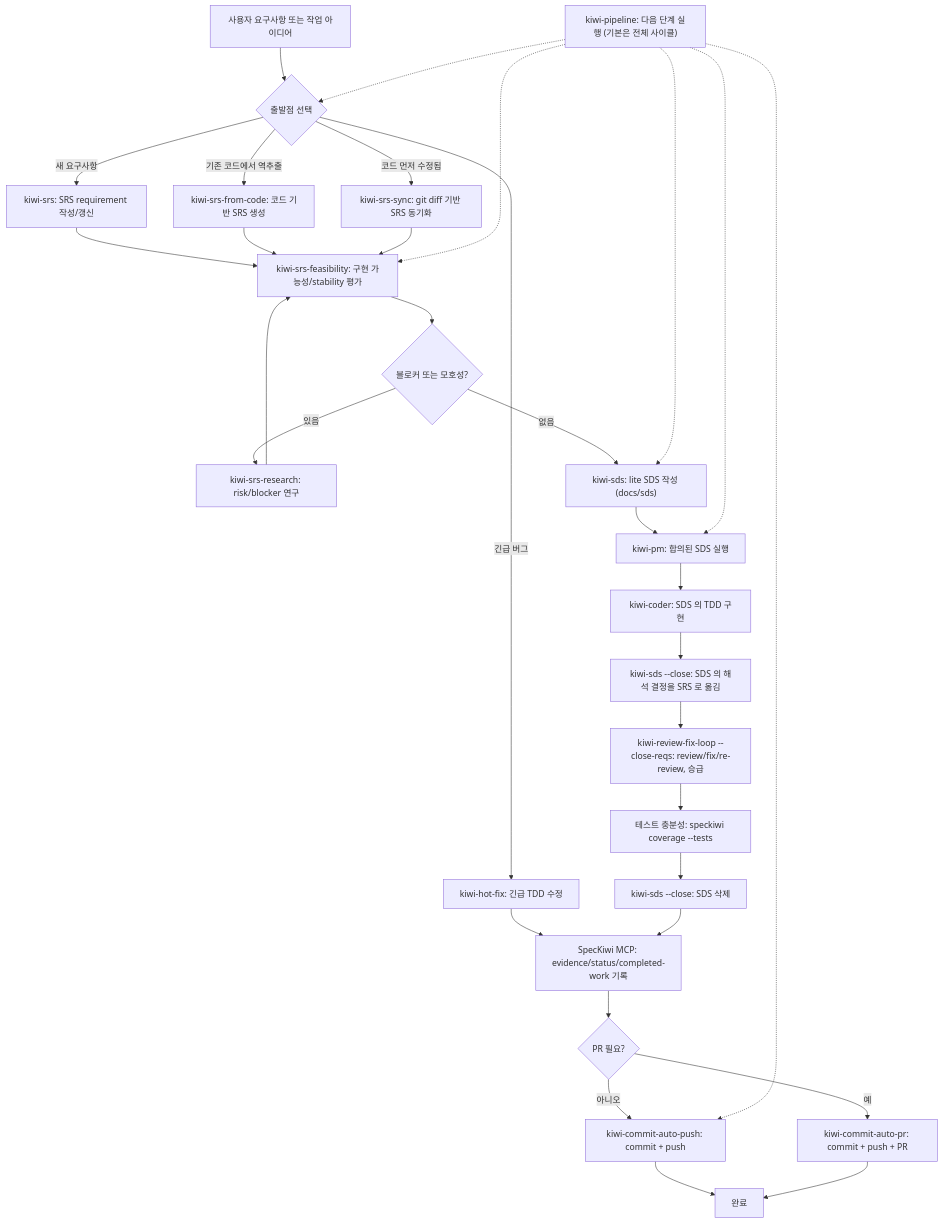
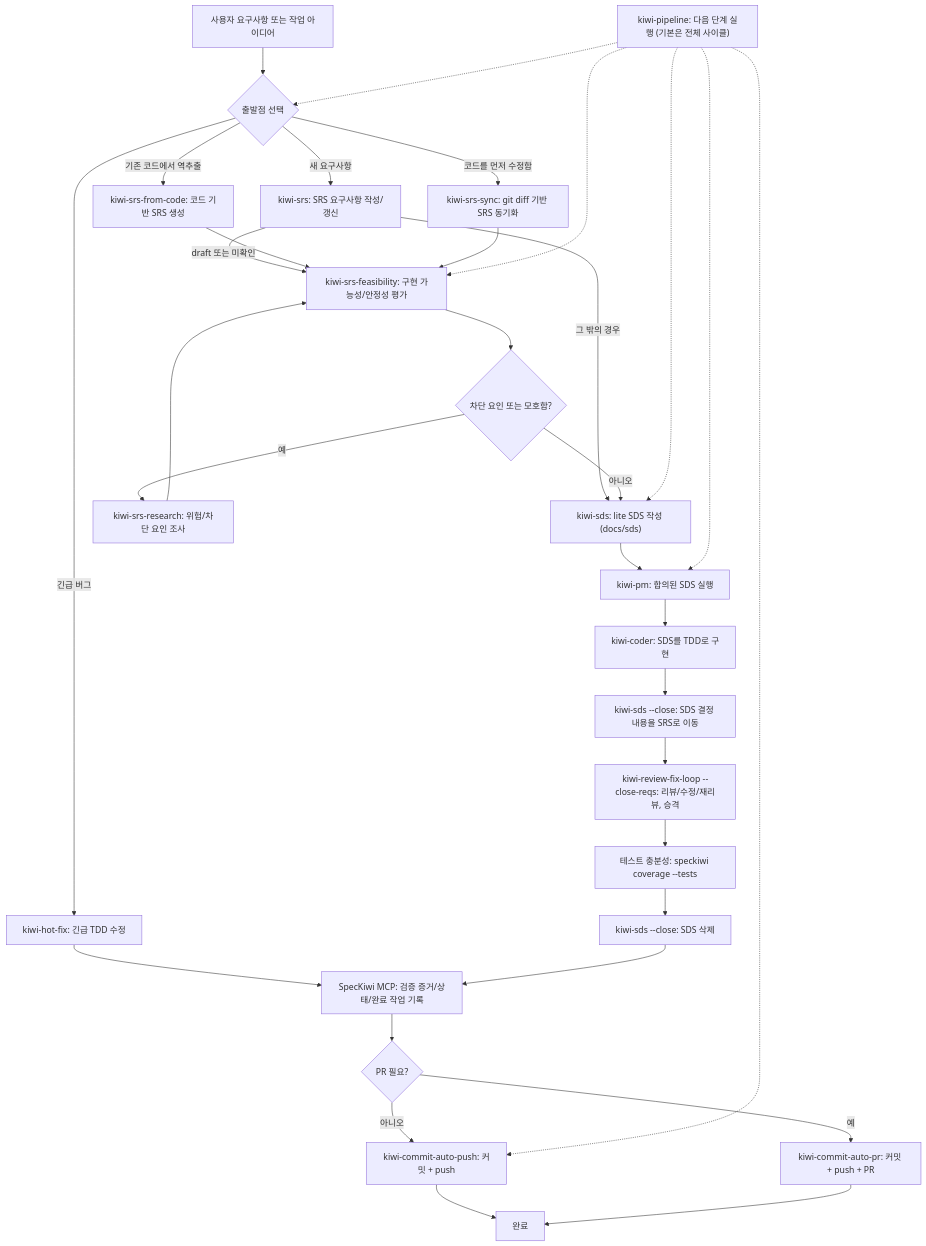
One commit to Snoworca/speckiwi changed the third of 4 diagrams in README.md. Above: the diagram before and after it, drawn with Mermaid. The commit also changed other lines of this file, not shown here.

````diff
--- a/README.md
+++ b/README.md
@@ -1092,37 +1330,38 @@
 ```mermaid
 flowchart TD
     A["사용자 요구사항 또는 작업 아이디어"] --> B{"출발점 선택"}
-    B -->|새 요구사항| C["kiwi-srs: SRS requirement 작성/갱신"]
+    B -->|새 요구사항| C["kiwi-srs: SRS 요구사항 작성/갱신"]
     B -->|기존 코드에서 역추출| D["kiwi-srs-from-code: 코드 기반 SRS 생성"]
-    B -->|코드 먼저 수정됨| E["kiwi-srs-sync: git diff 기반 SRS 동기화"]
+    B -->|코드를 먼저 수정함| E["kiwi-srs-sync: git diff 기반 SRS 동기화"]
     B -->|긴급 버그| Q["kiwi-hot-fix: 긴급 TDD 수정"]
 
-    C --> F["kiwi-srs-feasibility: 구현 가능성/stability 평가"]
+    C -->|draft 또는 미확인| F["kiwi-srs-feasibility: 구현 가능성/안정성 평가"]
+    C -->|그 밖의 경우| I
     D --> F
     E --> F
     Q --> M
 
-    F --> G{"블로커 또는 모호성?"}
-    G -->|있음| H["kiwi-srs-research: risk/blocker 연구"]
+    F --> G{"차단 요인 또는 모호함?"}
+    G -->|예| H["kiwi-srs-research: 위험/차단 요인 조사"]
     H --> F
-    G -->|없음| I["kiwi-sds: lite SDS 작성 (docs/sds)"]
+    G -->|아니오| I["kiwi-sds: lite SDS 작성 (docs/sds)"]
 
     I --> J["kiwi-pm: 합의된 SDS 실행"]
-    J --> K["kiwi-coder: SDS 의 TDD 구현"]
-    K --> X["kiwi-sds --close: SDS 의 해석 결정을 SRS 로 옮김"]
-    X --> R["kiwi-review-fix-loop --close-reqs: review/fix/re-review, 승급"]
+    J --> K["kiwi-coder: SDS를 TDD로 구현"]
+    K --> X["kiwi-sds --close: SDS 결정 내용을 SRS로 이동"]
+    X --> R["kiwi-review-fix-loop --close-reqs: 리뷰/수정/재리뷰, 승격"]
     R --> V["테스트 충분성: speckiwi coverage --tests"]
     V --> Y["kiwi-sds --close: SDS 삭제"]
-    Y --> M["SpecKiwi MCP: evidence/status/completed-work 기록"]
+    Y --> M["SpecKiwi MCP: 검증 증거/상태/완료 작업 기록"]
     M --> S{"PR 필요?"}
-    S -->|아니오| N["kiwi-commit-auto-push: commit + push"]
-    S -->|예| T["kiwi-commit-auto-pr: commit + push + PR"]
+    S -->|아니오| N["kiwi-commit-auto-push: 커밋 + push"]
+    S -->|예| T["kiwi-commit-auto-pr: 커밋 + push + PR"]
     N --> O["완료"]
     T --> O
 
     P["kiwi-pipeline: 다음 단계 실행 (기본은 전체 사이클)"] -.-> B
     P -.-> F
     P -.-> I
     P -.-> J
     P -.-> N
 ```
````
